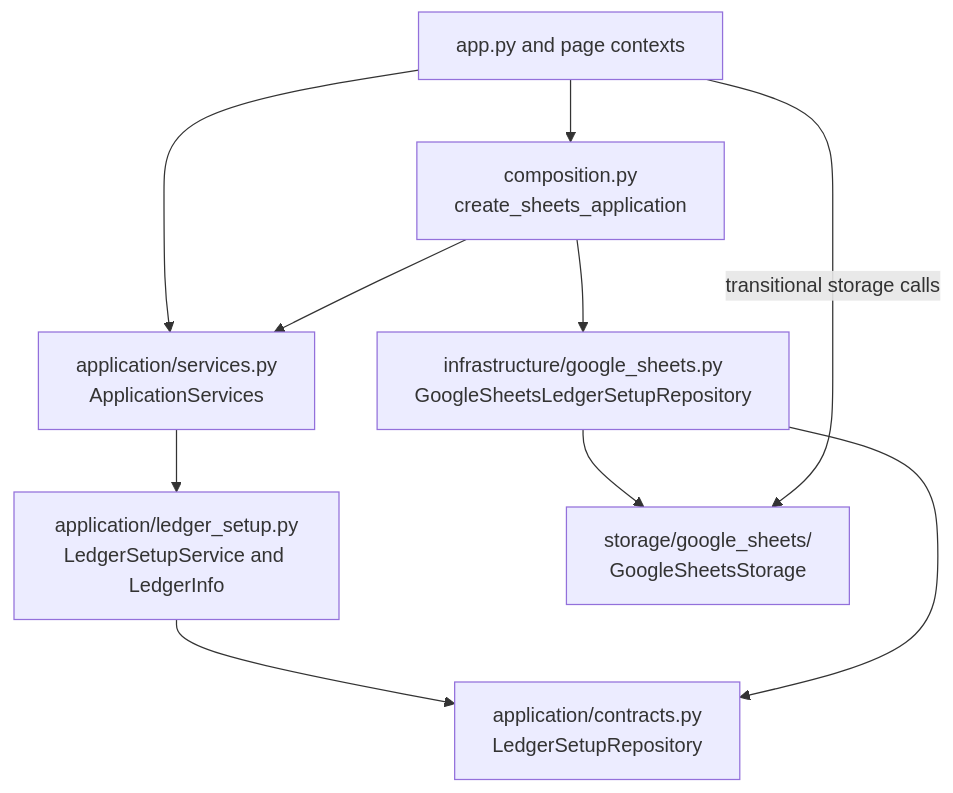
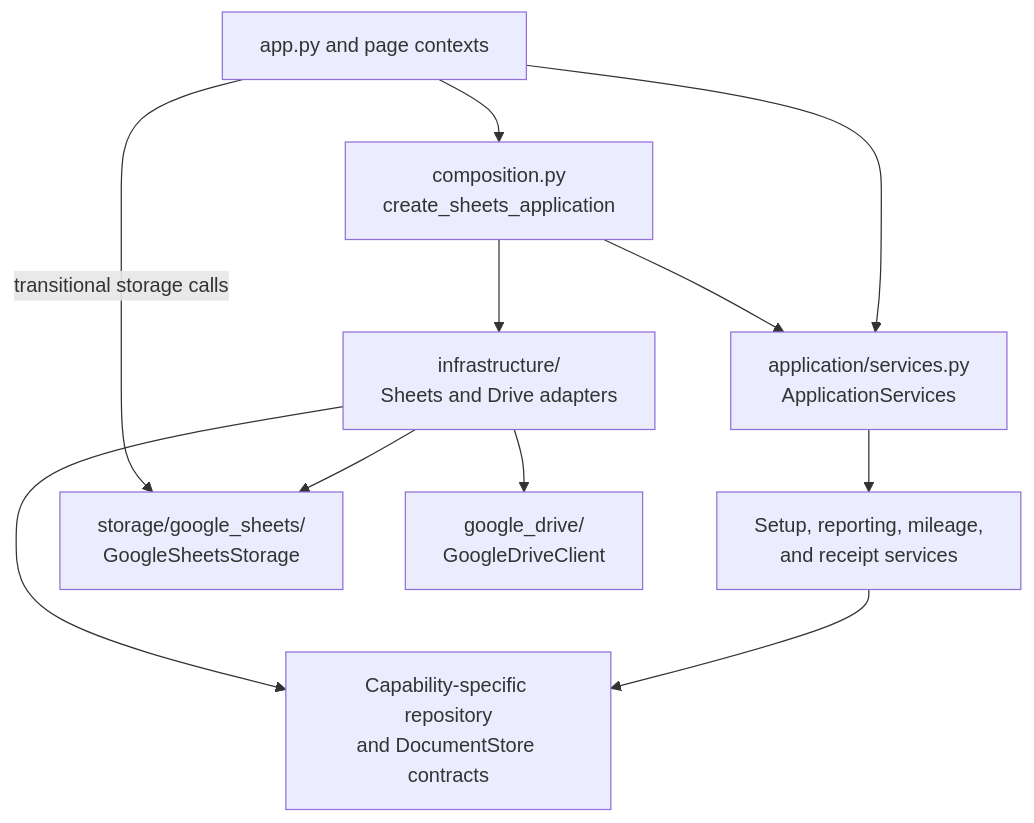
One commit to Roklion/Project_Tabula_Rasa changed the third of 4 diagrams in docs/ARCHITECTURE.md. Above: the diagram before and after it, drawn with Mermaid. The commit also changed other lines of this file and 48 other files, not shown here.

First line of the commit message:
Extract reporting, receipt, and mileage application services

````diff
--- a/docs/ARCHITECTURE.md
+++ b/docs/ARCHITECTURE.md
@@ -302,20 +302,22 @@
 ```mermaid
 flowchart TD
     Shell["app.py and page contexts"]
     Composition["composition.py<br/>create_sheets_application"]
     Services["application/services.py<br/>ApplicationServices"]
-    Setup["application/ledger_setup.py<br/>LedgerSetupService and LedgerInfo"]
-    Contract["application/contracts.py<br/>LedgerSetupRepository"]
-    Adapter["infrastructure/google_sheets.py<br/>GoogleSheetsLedgerSetupRepository"]
+    Setup["Setup, reporting, mileage,<br/>and receipt services"]
+    Contract["Capability-specific repository<br/>and DocumentStore contracts"]
+    Adapter["infrastructure/<br/>Sheets and Drive adapters"]
     Storage["storage/google_sheets/<br/>GoogleSheetsStorage"]
+    Drive["google_drive/<br/>GoogleDriveClient"]
 
     Shell --> Composition
     Shell --> Services
     Composition --> Services
     Composition --> Adapter
     Services --> Setup
     Setup --> Contract
     Adapter --> Contract
     Adapter --> Storage
+    Adapter --> Drive
     Shell -->|"transitional storage calls"| Storage
 ```
````
